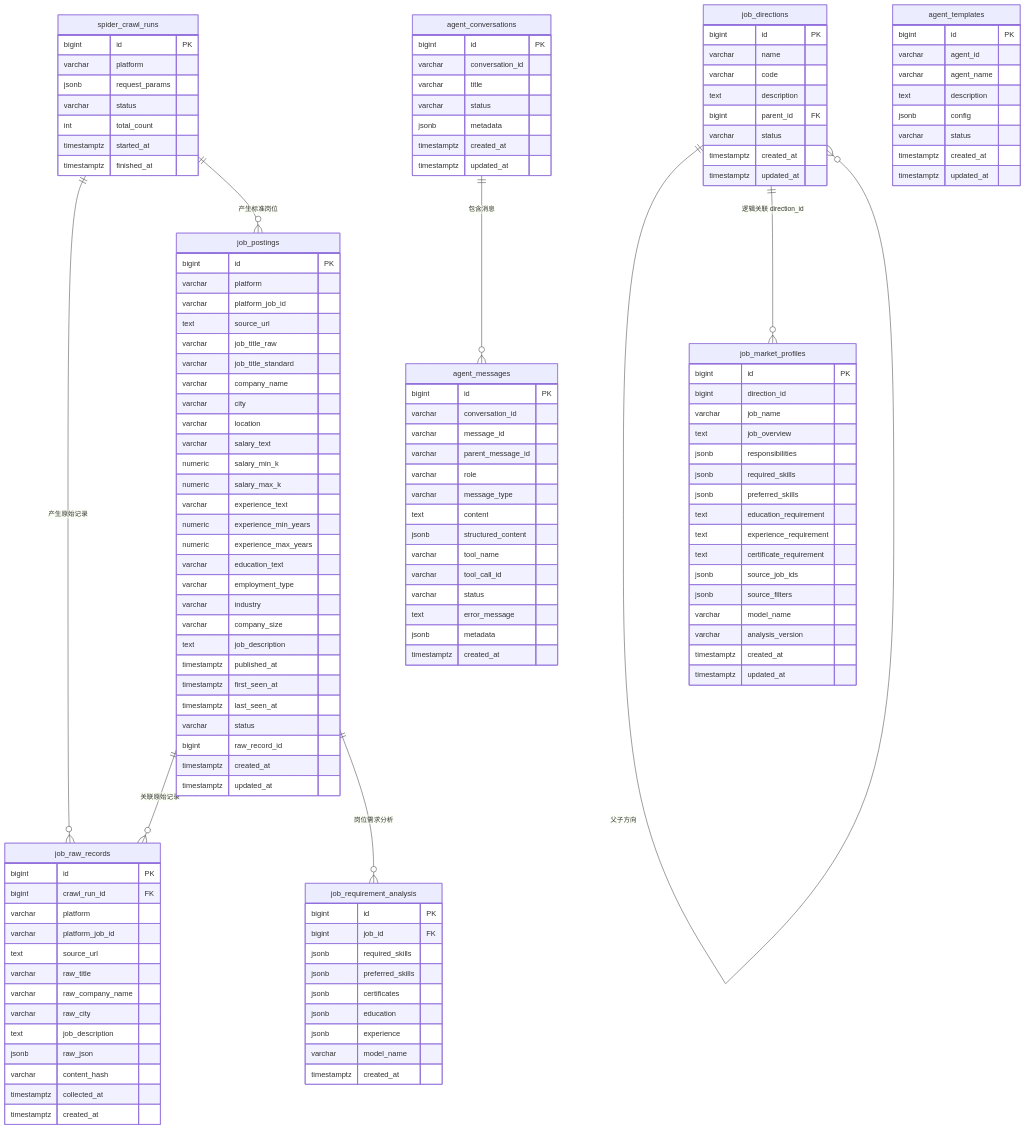
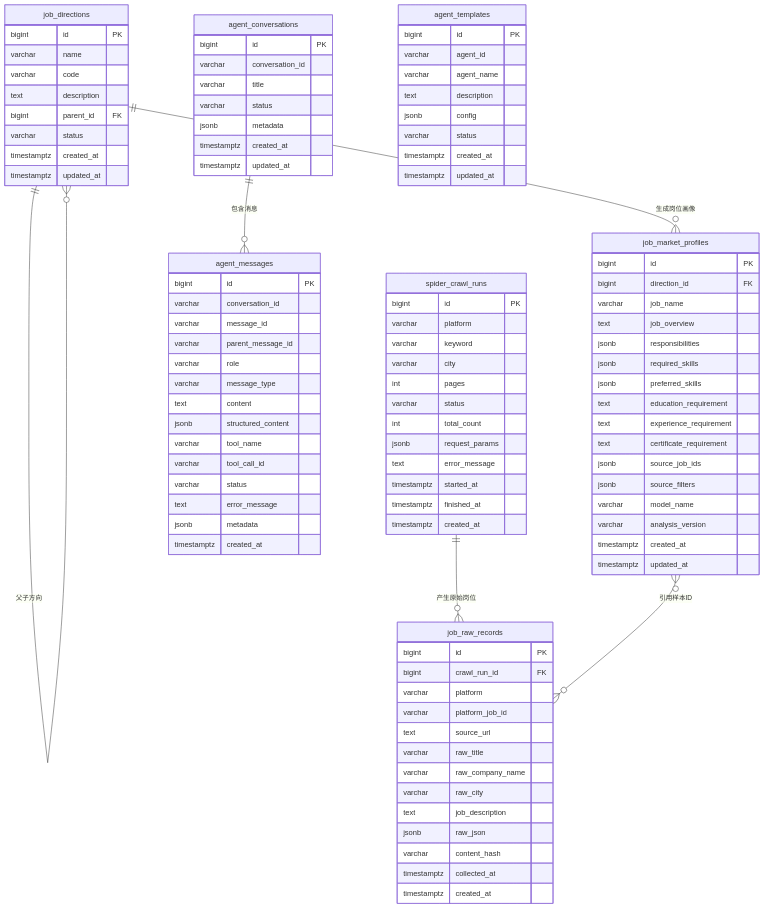
The diagram in docs/ERD-数据库设计.md (Auhyuan/CareerOS), drawn with Mermaid before and after one commit. The commit also changed other lines of this file and 21 other files, not shown here.

````diff
--- a/docs/ERD-数据库设计.md
+++ b/docs/ERD-数据库设计.md
@@ -18,21 +16,24 @@
 ```mermaid
 erDiagram
-    spider_crawl_runs ||--o{ job_raw_records : "产生原始记录"
-    spider_crawl_runs ||--o{ job_postings : "产生标准岗位"
-    job_postings ||--o{ job_raw_records : "关联原始记录"
-    job_postings ||--o{ job_requirement_analysis : "岗位需求分析"
+    spider_crawl_runs ||--o{ job_raw_records : "产生原始岗位"
     job_directions ||--o{ job_directions : "父子方向"
-    job_directions ||--o{ job_market_profiles : "逻辑关联 direction_id"
+    job_directions ||--o{ job_market_profiles : "生成岗位画像"
+    job_market_profiles }o--o{ job_raw_records : "引用样本ID"
     agent_conversations ||--o{ agent_messages : "包含消息"
 
     spider_crawl_runs {
         bigint id PK
         varchar platform
-        jsonb request_params
+        varchar keyword
+        varchar city
+        int pages
         varchar status
         int total_count
+        jsonb request_params
+        text error_message
         timestamptz started_at
         timestamptz finished_at
+        timestamptz created_at
     }
 
     job_raw_records {
@@ -51,48 +52,6 @@
         timestamptz created_at
     }
 
-    job_postings {
-        bigint id PK
-        varchar platform
-        varchar platform_job_id
-        text source_url
-        varchar job_title_raw
-        varchar job_title_standard
-        varchar company_name
-        varchar city
-        varchar location
-        varchar salary_text
-        numeric salary_min_k
-        numeric salary_max_k
-        varchar experience_text
-        numeric experience_min_years
-        numeric experience_max_years
-        varchar education_text
-        varchar employment_type
-        varchar industry
-        varchar company_size
-        text job_description
-        timestamptz published_at
-        timestamptz first_seen_at
-        timestamptz last_seen_at
-        varchar status
-        bigint raw_record_id
-        timestamptz created_at
-        timestamptz updated_at
-    }
-
-    job_requirement_analysis {
-        bigint id PK
-        bigint job_id FK
-        jsonb required_skills
-        jsonb preferred_skills
-        jsonb certificates
-        jsonb education
-        jsonb experience
-        varchar model_name
-        timestamptz created_at
-    }
-
     job_directions {
         bigint id PK
         varchar name
@@ -106,7 +65,7 @@
 
     job_market_profiles {
         bigint id PK
-        bigint direction_id
+        bigint direction_id FK
         varchar job_name
         text job_overview
         jsonb responsibilities
````
